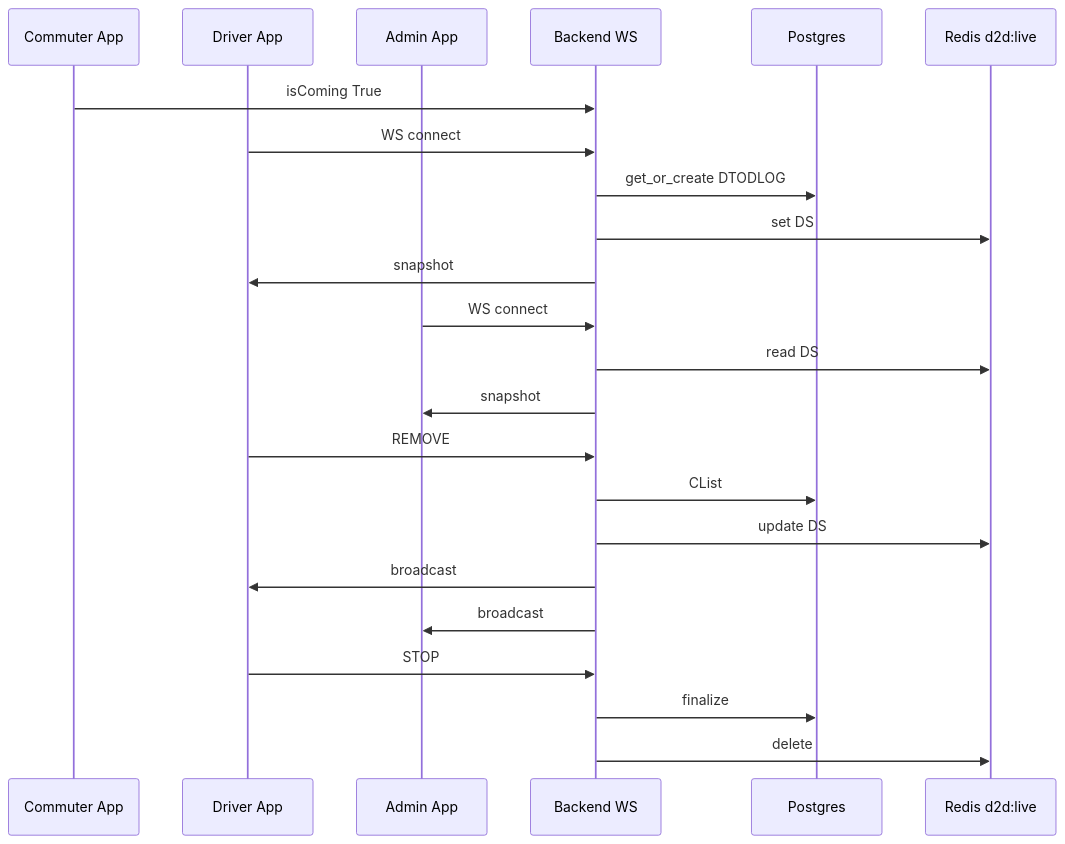
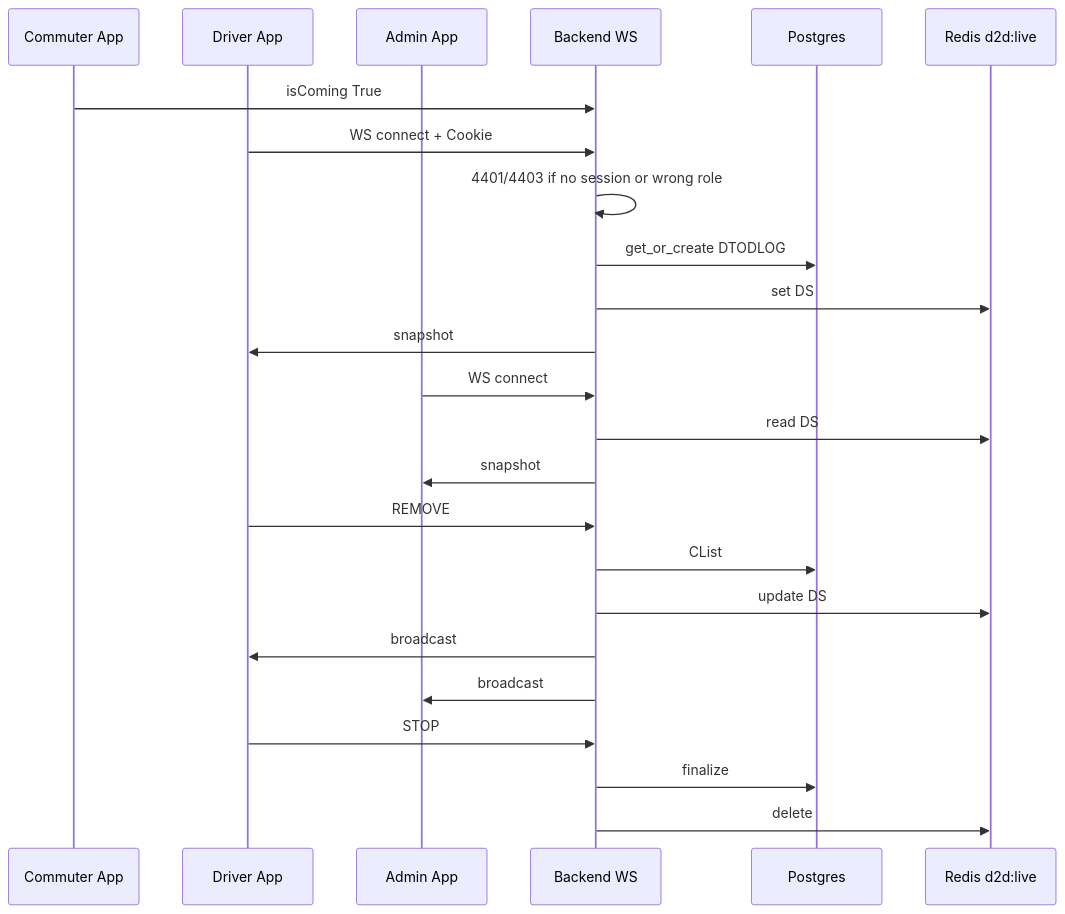
The diagram in docs/features/D2D_E2E.md (professorbhakta/cts_beta), drawn with Mermaid before and after one commit. The commit also changed other lines of this file and 93 other files, not shown here.

First line of the commit message:
Enable driver return confirm and harden D2D/auth flows.

````diff
--- a/docs/features/D2D_E2E.md
+++ b/docs/features/D2D_E2E.md
@@ -92,26 +93,27 @@
 ```mermaid
 sequenceDiagram
   participant C as Commuter App
   participant D as Driver App
   participant A as Admin App
   participant B as Backend WS
   participant DB as Postgres
   participant R as Redis d2d:live
 
   C->>B: isComing True
-  D->>B: WS connect
+  D->>B: WS connect + Cookie
+  B->>B: 4401/4403 if no session or wrong role
   B->>DB: get_or_create DTODLOG
   B->>R: set DS
   B->>D: snapshot
   A->>B: WS connect
   B->>R: read DS
   B->>A: snapshot
   D->>B: REMOVE
   B->>DB: CList
   B->>R: update DS
   B->>D: broadcast
   B->>A: broadcast
   D->>B: STOP
   B->>DB: finalize
   B->>R: delete
 ```
````
